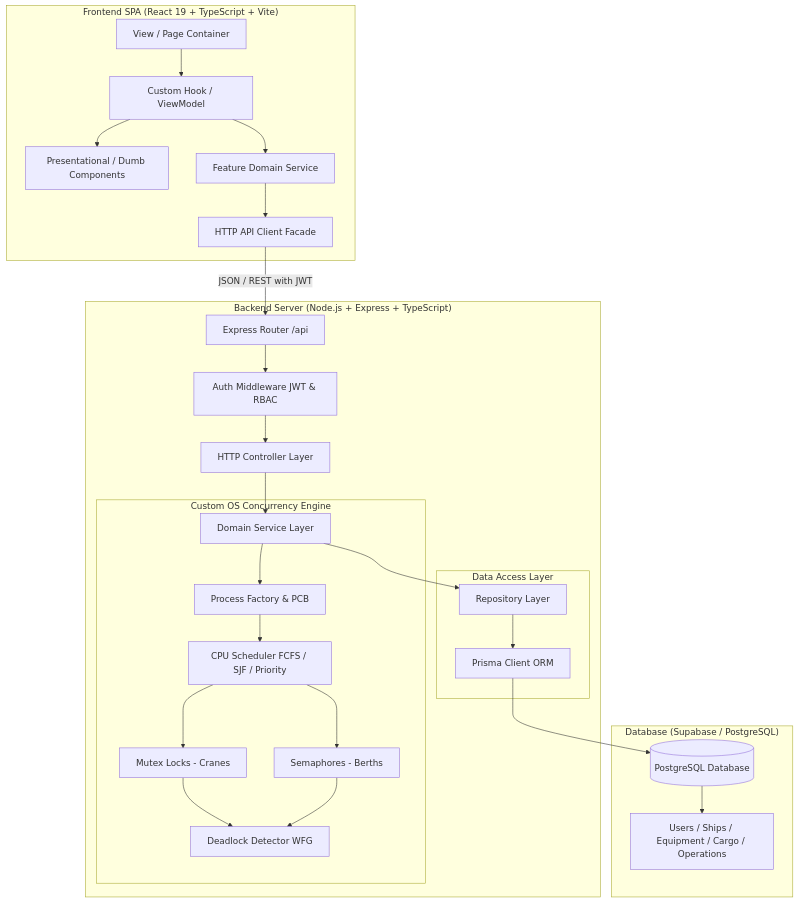
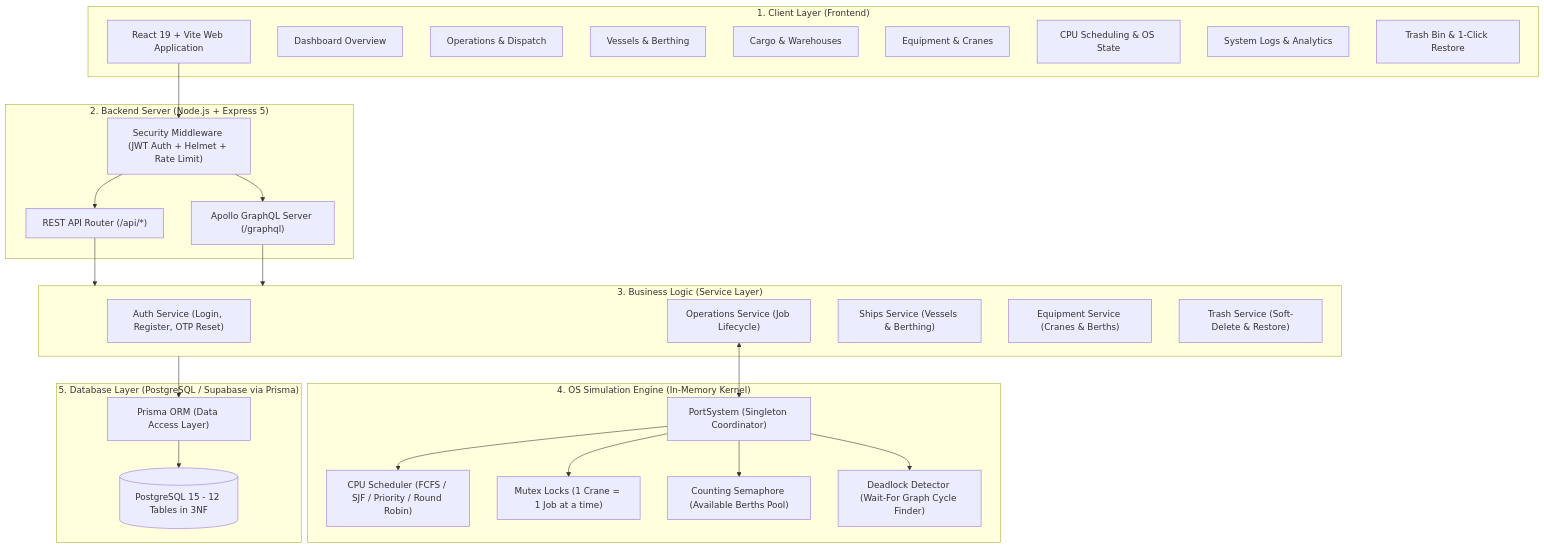
One commit to Sujalkathait/PortFlow changed the first of 3 diagrams in README.md. Above: the diagram before and after it, drawn with Mermaid. The commit also changed other lines of this file and 2 other files, not shown here.

Commit message:
docs: simplify all README files with plain English explanations, ER diagram, Class diagram, and deployment guides

````diff
--- a/README.md
+++ b/README.md
@@ -51,45 +54,54 @@
 ```mermaid
-flowchart TD
-    subgraph Client["Frontend SPA (React 19 + TypeScript + Vite)"]
-        UI[View / Page Container]
-        Hook[Custom Hook / ViewModel]
-        Presentational[Presentational / Dumb Components]
-        FeatService[Feature Domain Service]
-        APIFacade[HTTP API Client Facade]
-
-        UI --> Hook
-        Hook --> Presentational
-        Hook --> FeatService
-        FeatService --> APIFacade
+graph TB
+    subgraph CLIENT["1. Client Layer (Frontend)"]
+        UI["React 19 + Vite Web Application"]
+        P1["Dashboard Overview"]
+        P2["Operations & Dispatch"]
+        P3["Vessels & Berthing"]
+        P4["Cargo & Warehouses"]
+        P5["Equipment & Cranes"]
+        P6["CPU Scheduling & OS State"]
+        P7["System Logs & Analytics"]
+        P8["Trash Bin & 1-Click Restore"]
     end
 
-    APIFacade -->|JSON / REST with JWT| Router
-
-    subgraph Server["Backend Server (Node.js + Express + TypeScript)"]
-        Router[Express Router /api]
-        AuthMid[Auth Middleware JWT & RBAC]
-        Controller[HTTP Controller Layer]
-        Service[Domain Service Layer]
-
-        Router --> AuthMid --> Controller
-        Controller --> Service
-
-        subgraph OS_Kernel["Custom OS Concurrency Engine"]
-            Service --> ProcessMgr[Process Factory & PCB]
-            ProcessMgr --> Scheduler[CPU Scheduler FCFS / SJF / Priority]
-            Scheduler --> MutexLocks[Mutex Locks - Cranes]
-            Scheduler --> Semaphores[Semaphores - Berths]
-            MutexLocks & Semaphores --> Deadlock[Deadlock Detector WFG]
-        end
-
-        subgraph Data_Layer["Data Access Layer"]
-            Service --> Repo[Repository Layer]
-            Repo --> PrismaORM[Prisma Client ORM]
-        end
+    subgraph GATEWAY["2. Backend Server (Node.js + Express 5)"]
+        AUTH_CHECK["Security Middleware (JWT Auth + Helmet + Rate Limit)"]
+        REST_API["REST API Router (/api/*)"]
+        GRAPHQL_API["Apollo GraphQL Server (/graphql)"]
     end
 
-    subgraph Storage["Database (Supabase / PostgreSQL)"]
-        PrismaORM --> PostgresDB[(PostgreSQL Database)]
-        PostgresDB --> Tables[Users / Ships / Equipment / Cargo / Operations]
+    subgraph SERVICES["3. Business Logic (Service Layer)"]
+        AUTH_SVC["Auth Service (Login, Register, OTP Reset)"]
+        OPS_SVC["Operations Service (Job Lifecycle)"]
+        SHIP_SVC["Ships Service (Vessels & Berthing)"]
+        EQUIP_SVC["Equipment Service (Cranes & Berths)"]
+        TRASH_SVC["Trash Service (Soft-Delete & Restore)"]
     end
+
+    subgraph OS_SIM["4. OS Simulation Engine (In-Memory Kernel)"]
+        PORT_SYS["PortSystem (Singleton Coordinator)"]
+        SCHEDULER["CPU Scheduler (FCFS / SJF / Priority / Round Robin)"]
+        MUTEX["Mutex Locks (1 Crane = 1 Job at a time)"]
+        SEMAPHORE["Counting Semaphore (Available Berths Pool)"]
+        DEADLOCK["Deadlock Detector (Wait-For Graph Cycle Finder)"]
+    end
+
+    subgraph DATABASE["5. Database Layer (PostgreSQL / Supabase via Prisma)"]
+        PRISMA["Prisma ORM (Data Access Layer)"]
+        DB[(PostgreSQL 15 - 12 Tables in 3NF)]
+    end
+
+    UI --> AUTH_CHECK
+    AUTH_CHECK --> REST_API
+    AUTH_CHECK --> GRAPHQL_API
+    REST_API --> SERVICES
+    GRAPHQL_API --> SERVICES
+    OPS_SVC <--> PORT_SYS
+    PORT_SYS --> SCHEDULER
+    PORT_SYS --> MUTEX
+    PORT_SYS --> SEMAPHORE
+    PORT_SYS --> DEADLOCK
+    SERVICES --> PRISMA
+    PRISMA --> DB
 ```
````
